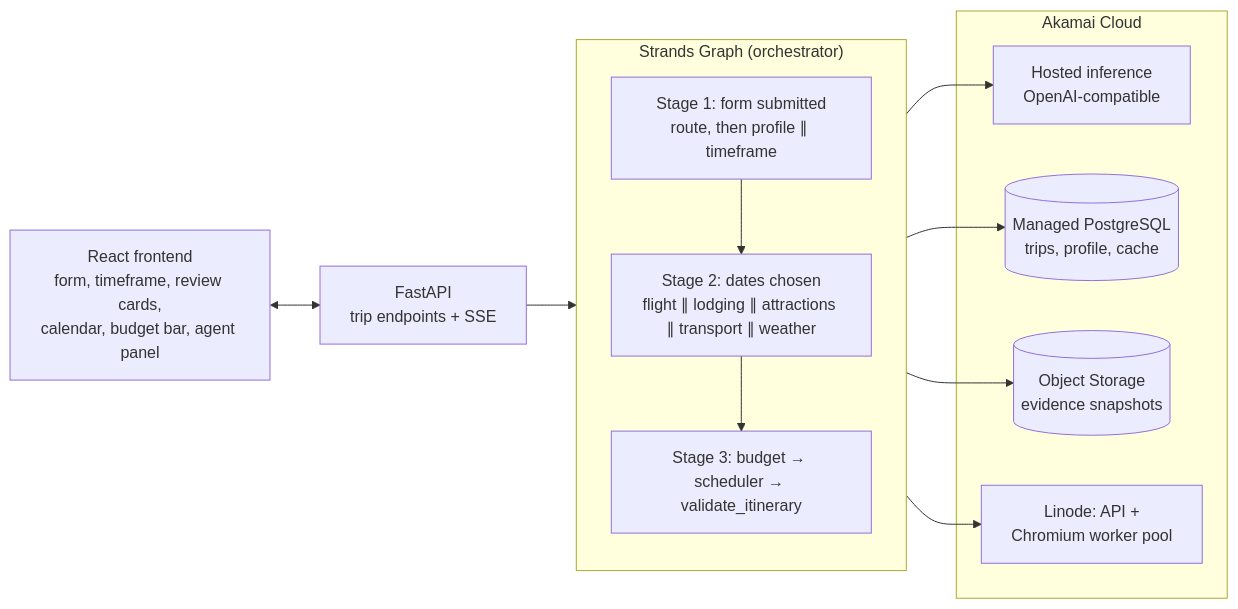
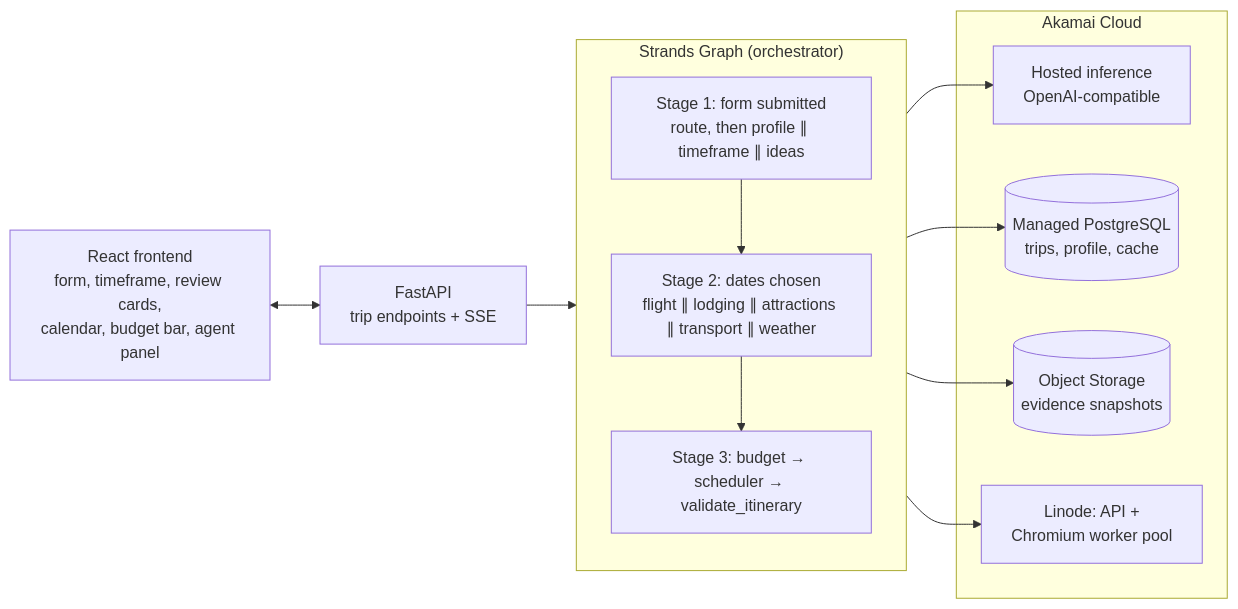
One commit to slopenintercept/TravelProject changed the diagram in README.md. Above: the diagram before and after it, drawn with Mermaid. The commit also changed other lines of this file and 36 other files, not shown here.

````diff
--- a/README.md
+++ b/README.md
@@ -12,23 +12,23 @@
 ```mermaid
 flowchart LR
     UI["React frontend<br/>form, timeframe, review cards,<br/>calendar, budget bar, agent panel"]
     API["FastAPI<br/>trip endpoints + SSE"]
     subgraph Strands["Strands Graph (orchestrator)"]
         direction TB
-        S1["Stage 1: form submitted<br/>route, then profile ∥ timeframe"]
+        S1["Stage 1: form submitted<br/>route, then profile ∥ timeframe ∥ ideas"]
         S2["Stage 2: dates chosen<br/>flight ∥ lodging ∥ attractions ∥ transport ∥ weather"]
         S3["Stage 3: budget → scheduler → validate_itinerary"]
         S1 --> S2 --> S3
     end
     subgraph Akamai["Akamai Cloud"]
         LLM["Hosted inference<br/>OpenAI-compatible"]
         PG[("Managed PostgreSQL<br/>trips, profile, cache")]
         OBJ[("Object Storage<br/>evidence snapshots")]
         VM["Linode: API +<br/>Chromium worker pool"]
     end
     UI <--> API --> Strands
     Strands --> LLM
     Strands --> PG
     Strands --> OBJ
     Strands --> VM
 ```
````
